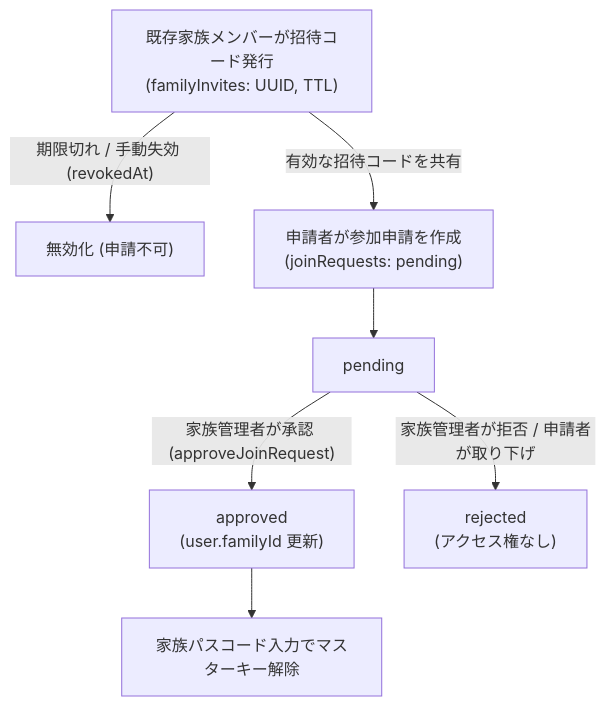
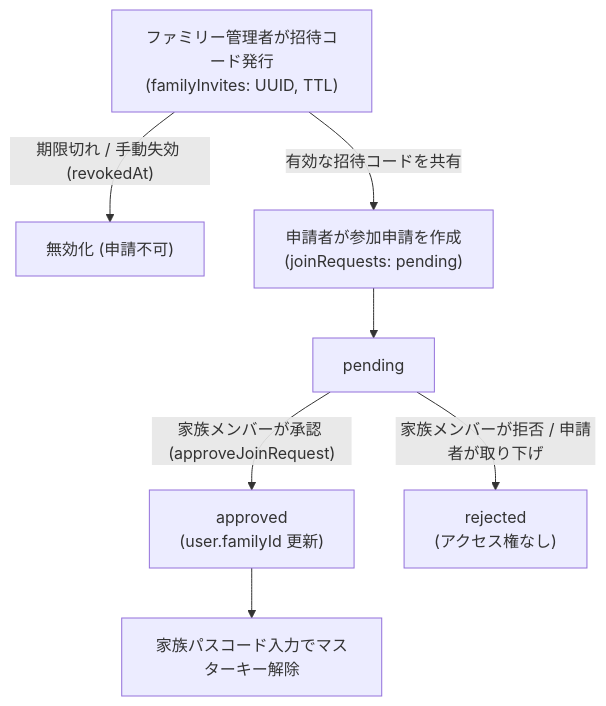
The second of 7 diagrams in .ai/domain.md (luthpg/poohma), drawn with Mermaid before and after one commit. The commit also changed other lines of this file and 20 other files, not shown here.

````diff
--- a/.ai/domain.md
+++ b/.ai/domain.md
@@ -38,12 +38,12 @@
 ```mermaid
 flowchart TD
-    Issue["既存家族メンバーが招待コード発行<br/>(familyInvites: UUID, TTL)"]
+    Issue["ファミリー管理者が招待コード発行<br/>(familyInvites: UUID, TTL)"]
     Issue -->|"期限切れ / 手動失効 (revokedAt)"| Invalid["無効化 (申請不可)"]
     Issue -->|"有効な招待コードを共有"| Apply["申請者が参加申請を作成<br/>(joinRequests: pending)"]
     
     Apply --> Pending["pending"]
-    Pending -->|"家族管理者が承認 (approveJoinRequest)"| Approved["approved<br/>(user.familyId 更新)"]
-    Pending -->|"家族管理者が拒否 / 申請者が取り下げ"| Rejected["rejected<br/>(アクセス権なし)"]
+    Pending -->|"家族メンバーが承認 (approveJoinRequest)"| Approved["approved<br/>(user.familyId 更新)"]
+    Pending -->|"家族メンバーが拒否 / 申請者が取り下げ"| Rejected["rejected<br/>(アクセス権なし)"]
     
     Approved --> Unlock["家族パスコード入力でマスターキー解除"]
 ```
````
